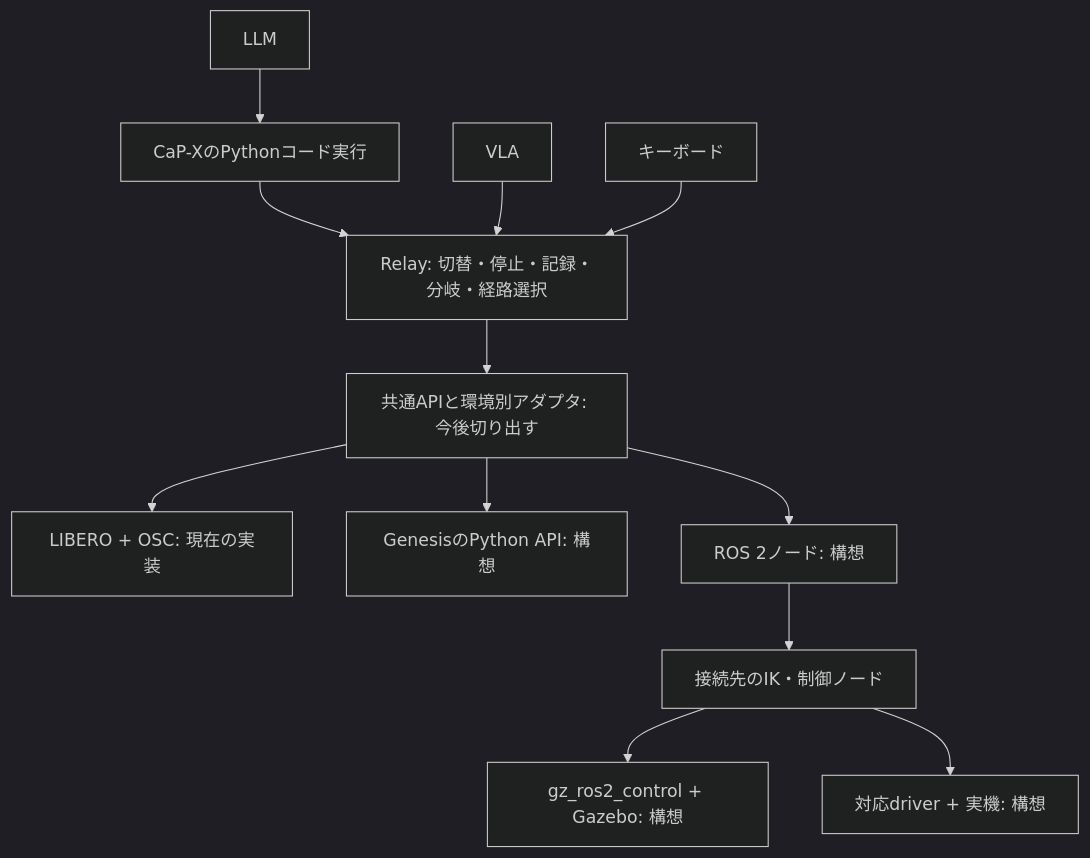
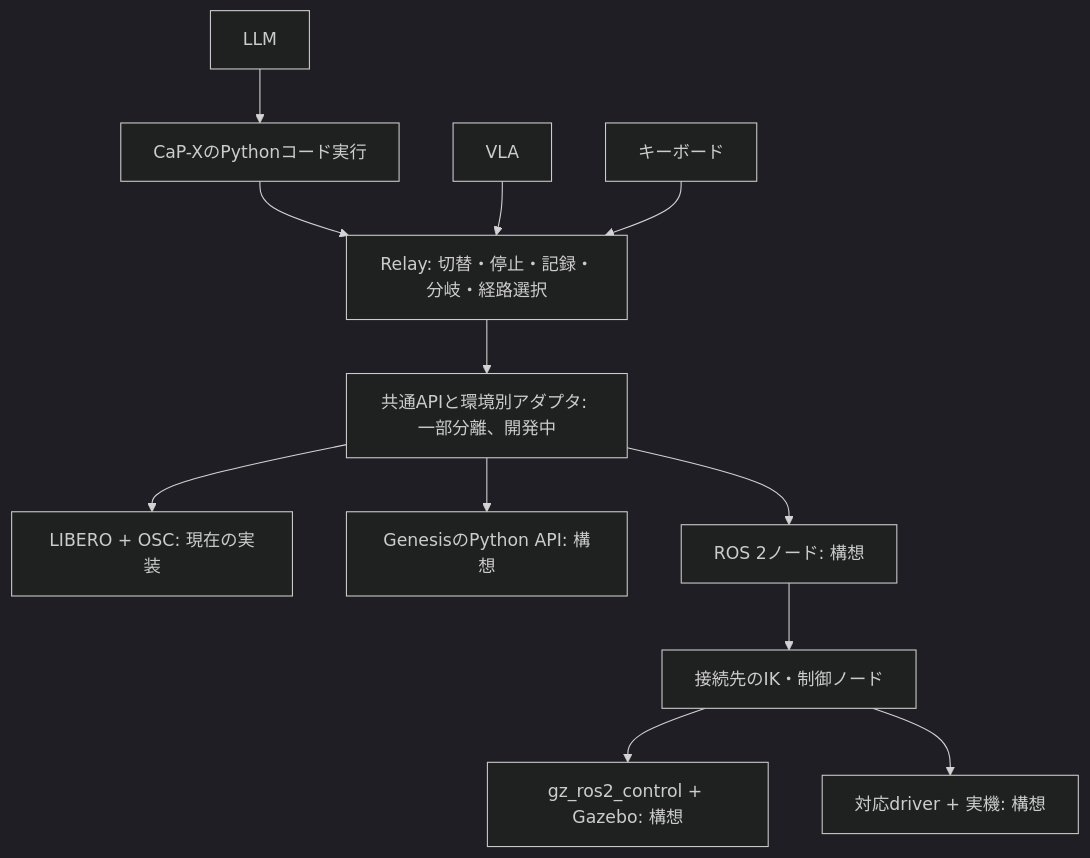
Before and after one commit to takumiecd/relay: the diagram in docs/environment-adapters.md, drawn with Mermaid (dark theme). The commit also changed other lines of this file and 10 other files, not shown here.

````diff
--- a/docs/environment-adapters.md
+++ b/docs/environment-adapters.md
@@ -6,14 +26,14 @@
 ```mermaid
 flowchart TD
     L[LLM] --> C[CaP-XのPythonコード実行]
     C --> R[Relay: 切替・停止・記録・分岐・経路選択]
     V[VLA] --> R
     K[キーボード] --> R
-    R --> A[共通APIと環境別アダプタ: 今後切り出す]
+    R --> A[共通APIと環境別アダプタ: 一部分離、開発中]
     A --> B[LIBERO + OSC: 現在の実装]
     A --> G[GenesisのPython API: 構想]
     A --> N[ROS 2ノード: 構想]
     N --> T[接続先のIK・制御ノード]
     T --> Z[gz_ros2_control + Gazebo: 構想]
     T --> H[対応driver + 実機: 構想]
 ```
````
